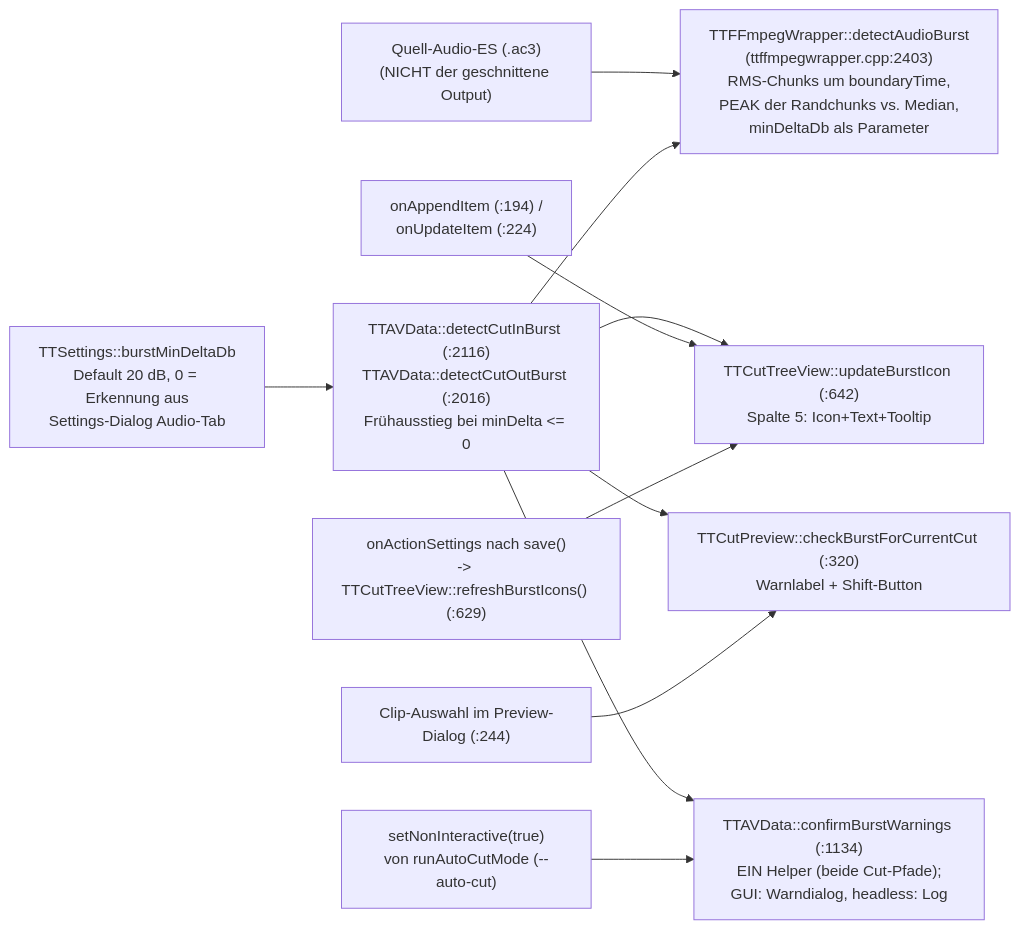
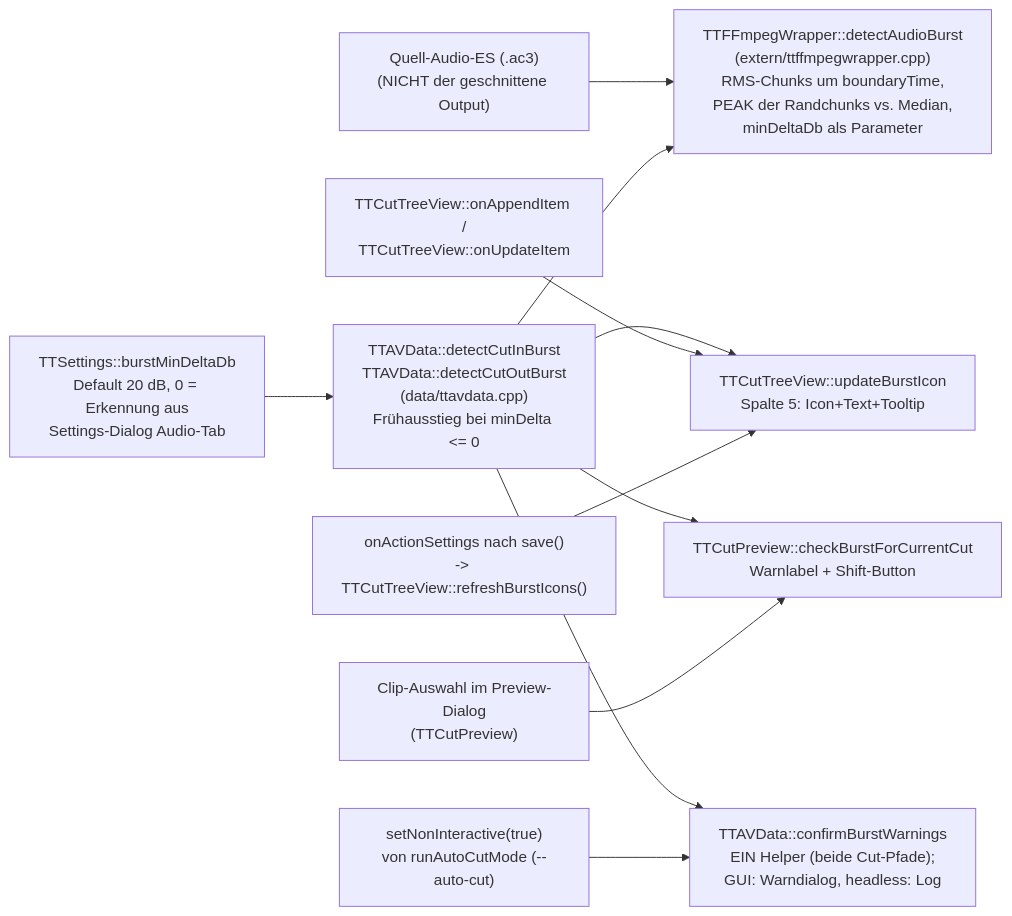
Before and after one commit to MINIXJR/TTCut-ng: the diagram in docs/code-map/burst-detection.md, drawn with Mermaid. The commit also changed other lines of this file, not shown here.

Commit message:
Drop line numbers from the burst map
Identify code by file and symbol, per the code-map skill rule. The numbers
this map carried were wrong in seven of eight cases and nothing detects that:
the symbols had moved without their files showing up in a diff against
base_commit.

The consolidated-dialog note referred to two line numbers in code that no
longer exists; it names the commit (27f8f29) instead, which is stable.

All eleven symbols verified present. Rendered: 1049x950, aspect 1.10, 4
crossing pairs, unchanged from before.

````diff
--- a/docs/code-map/burst-detection.md
+++ b/docs/code-map/burst-detection.md
@@ -24,25 +24,25 @@
 ```mermaid
 flowchart LR
     SRC["Quell-Audio-ES (.ac3)<br/>(NICHT der geschnittene Output)"]
-    DET["TTFFmpegWrapper::detectAudioBurst<br/>(ttffmpegwrapper.cpp:2403)<br/>RMS-Chunks um boundaryTime,<br/>PEAK der Randchunks vs. Median,<br/>minDeltaDb als Parameter"]
-    AVD["TTAVData::detectCutInBurst (:2116)<br/>TTAVData::detectCutOutBurst (:2016)<br/>Frühausstieg bei minDelta &lt;= 0"]
+    DET["TTFFmpegWrapper::detectAudioBurst<br/>(extern/ttffmpegwrapper.cpp)<br/>RMS-Chunks um boundaryTime,<br/>PEAK der Randchunks vs. Median,<br/>minDeltaDb als Parameter"]
+    AVD["TTAVData::detectCutInBurst<br/>TTAVData::detectCutOutBurst<br/>(data/ttavdata.cpp)<br/>Frühausstieg bei minDelta &lt;= 0"]
     SET["TTSettings::burstMinDeltaDb<br/>Default 20 dB, 0 = Erkennung aus<br/>Settings-Dialog Audio-Tab"]
-    LIST["TTCutTreeView::updateBurstIcon (:642)<br/>Spalte 5: Icon+Text+Tooltip"]
-    APPEND["onAppendItem (:194) /<br/>onUpdateItem (:224)"]
-    PREV["TTCutPreview::checkBurstForCurrentCut (:320)<br/>Warnlabel + Shift-Button"]
-    SEL["Clip-Auswahl im Preview-Dialog (:244)"]
-    REFRESH["onActionSettings nach save()<br/>-> TTCutTreeView::refreshBurstIcons() (:629)"]
-    FINAL["TTAVData::confirmBurstWarnings (:1134)<br/>EIN Helper (beide Cut-Pfade);<br/>GUI: Warndialog, headless: Log"]
+    LIST["TTCutTreeView::updateBurstIcon<br/>Spalte 5: Icon+Text+Tooltip"]
+    APPEND["TTCutTreeView::onAppendItem /<br/>TTCutTreeView::onUpdateItem"]
+    PREV["TTCutPreview::checkBurstForCurrentCut<br/>Warnlabel + Shift-Button"]
+    SEL["Clip-Auswahl im Preview-Dialog<br/>(TTCutPreview)"]
+    REFRESH["onActionSettings nach save()<br/>-> TTCutTreeView::refreshBurstIcons()"]
+    FINAL["TTAVData::confirmBurstWarnings<br/>EIN Helper (beide Cut-Pfade);<br/>GUI: Warndialog, headless: Log"]
     NONINT["setNonInteractive(true)<br/>von runAutoCutMode (--auto-cut)"]
 
     SRC --> DET
     SET --> AVD
     AVD --> DET
     AVD --> LIST
     AVD --> PREV
     AVD --> FINAL
     APPEND --> LIST
     REFRESH --> LIST
     SEL --> PREV
     NONINT --> FINAL
 ```
````
